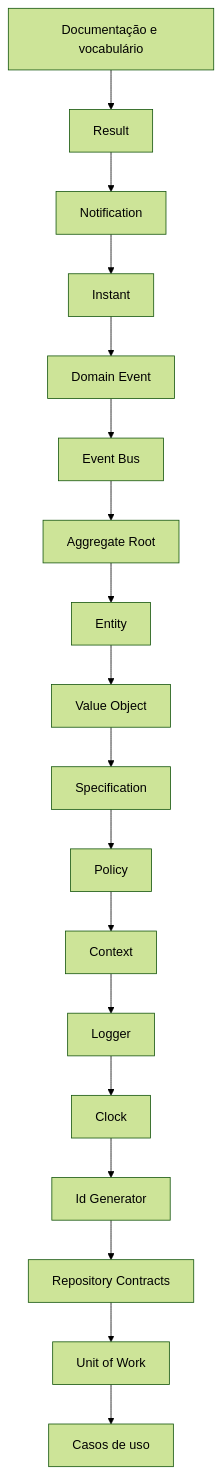
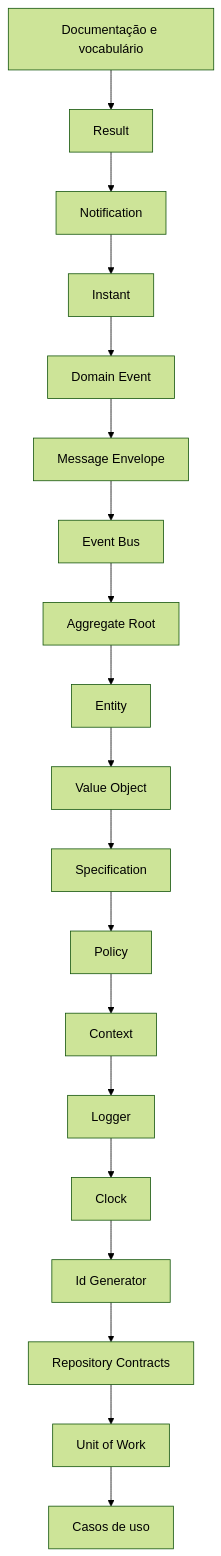
One commit to MauricioGomes02/servir changed the diagram in docs/roadmap.md. Above: the diagram before and after it, drawn with Mermaid (forest theme). The commit also changed other lines of this file and 11 other files, not shown here.

First line of the commit message:
feat(application): add event envelope and message metadata

````diff
--- a/docs/roadmap.md
+++ b/docs/roadmap.md
@@ -23,20 +23,21 @@
 ```mermaid
 flowchart TD
     D[Documentação e vocabulário] --> R[Result]
     R --> N[Notification]
     N --> I[Instant]
     I --> DE[Domain Event]
-    DE --> EB[Event Bus]
+    DE --> M[Message Envelope]
+    M --> EB[Event Bus]
     EB --> AR[Aggregate Root]
     AR --> E[Entity]
     E --> VO[Value Object]
     VO --> S[Specification]
     S --> P[Policy]
     P --> C[Context]
     C --> L[Logger]
     L --> CL[Clock]
     CL --> ID[Id Generator]
     ID --> RC[Repository Contracts]
     RC --> U[Unit of Work]
     U --> UC[Casos de uso]
 ```
````
